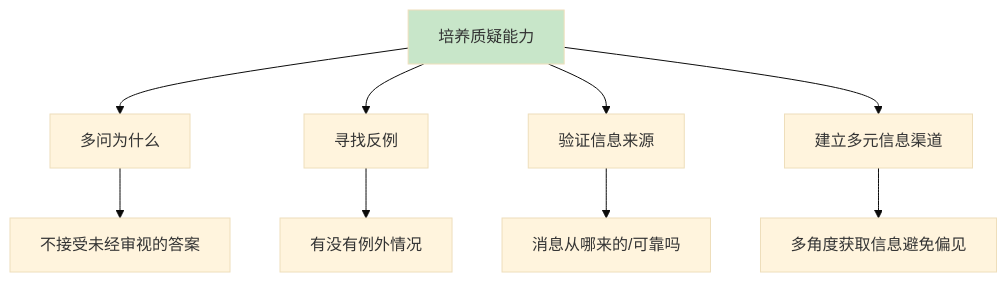
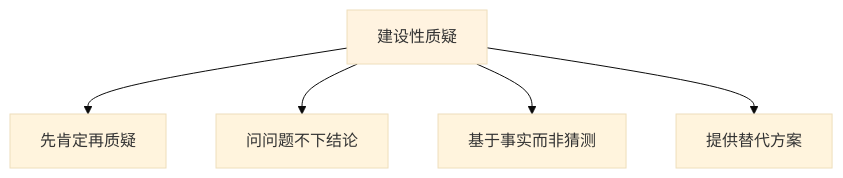
One commit to chongyang211/YCBookBlog changed the fourth of 7 diagrams in 10.打工充平常记录/10.自我精进七课/07.底层思维的训练/7.5质疑精神的分析.md. Above: the diagram before and after it, drawn with Mermaid (base theme). The commit also changed other lines of this file and 55 other files, not shown here.

````diff
--- a/10.打工充平常记录/10.自我精进七课/07.底层思维的训练/7.5质疑精神的分析.md
+++ b/10.打工充平常记录/10.自我精进七课/07.底层思维的训练/7.5质疑精神的分析.md
@@ -187,12 +157,8 @@
 ```mermaid
 graph TD
-    A[培养质疑能力] --> B[多问为什么]
-    A --> C[寻找反例]
-    A --> D[验证信息来源]
-    A --> E[建立多元信息渠道]
-    B --> B1[不接受未经审视的答案]
-    C --> C1[有没有例外情况]
-    D --> D1[消息从哪来的/可靠吗]
-    E --> E1[多角度获取信息避免偏见]
-    style A fill:#c8e6c9
+    A[建设性质疑] --> B[先肯定再质疑]
+    A --> C[问问题不下结论]
+    A --> D[基于事实而非猜测]
+    A --> E[提供替代方案]
+    style A fill:#fff3e0
 ```
````
